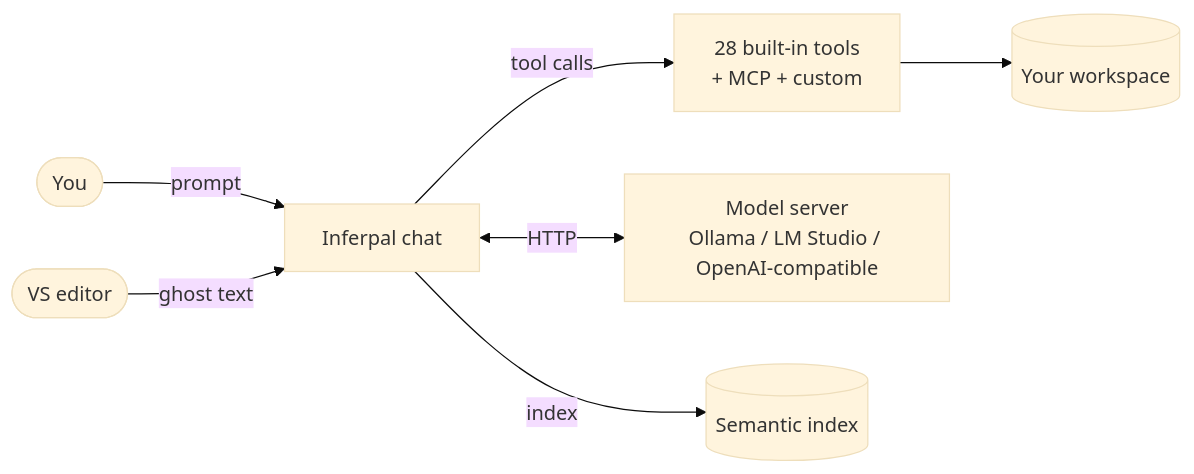
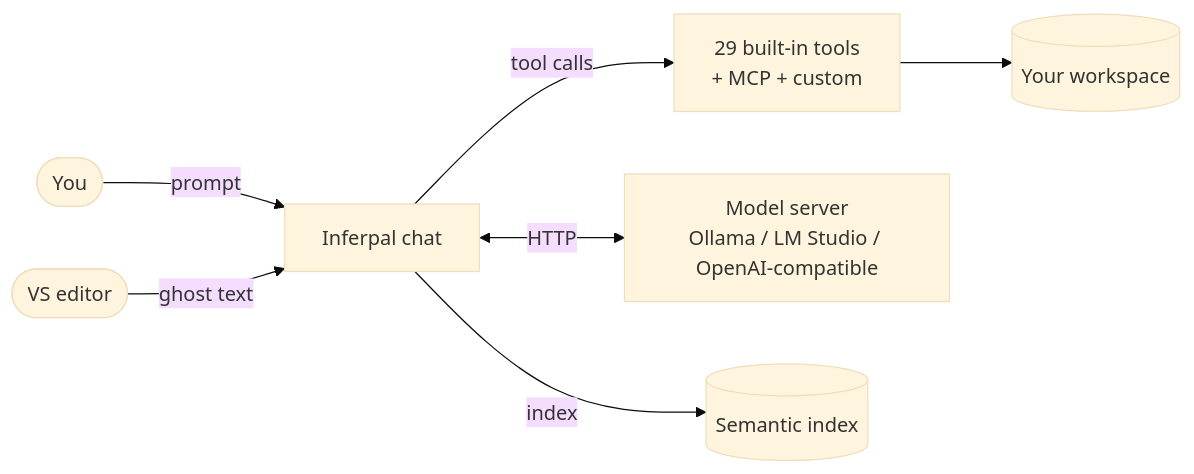
The diagram in docs/README.md (EstaxNet/Inferpal), drawn with Mermaid (base theme) before and after one commit. The commit also changed other lines of this file and 83 other files, not shown here.

````diff
--- a/docs/README.md
+++ b/docs/README.md
@@ -23,9 +23,9 @@
 ```mermaid
 flowchart LR
     user([You]) -->|prompt| chat[Inferpal chat]
-    chat -->|tool calls| tools[28 built-in tools<br/>+ MCP + custom]
+    chat -->|tool calls| tools[29 built-in tools<br/>+ MCP + custom]
     chat <-->|HTTP| provider[Model server<br/>Ollama / LM Studio / OpenAI-compatible]
     tools --> ws[(Your workspace)]
     editor([VS editor]) -->|ghost text| chat
     chat -->|index| rag[(Semantic index)]
 ```
````
